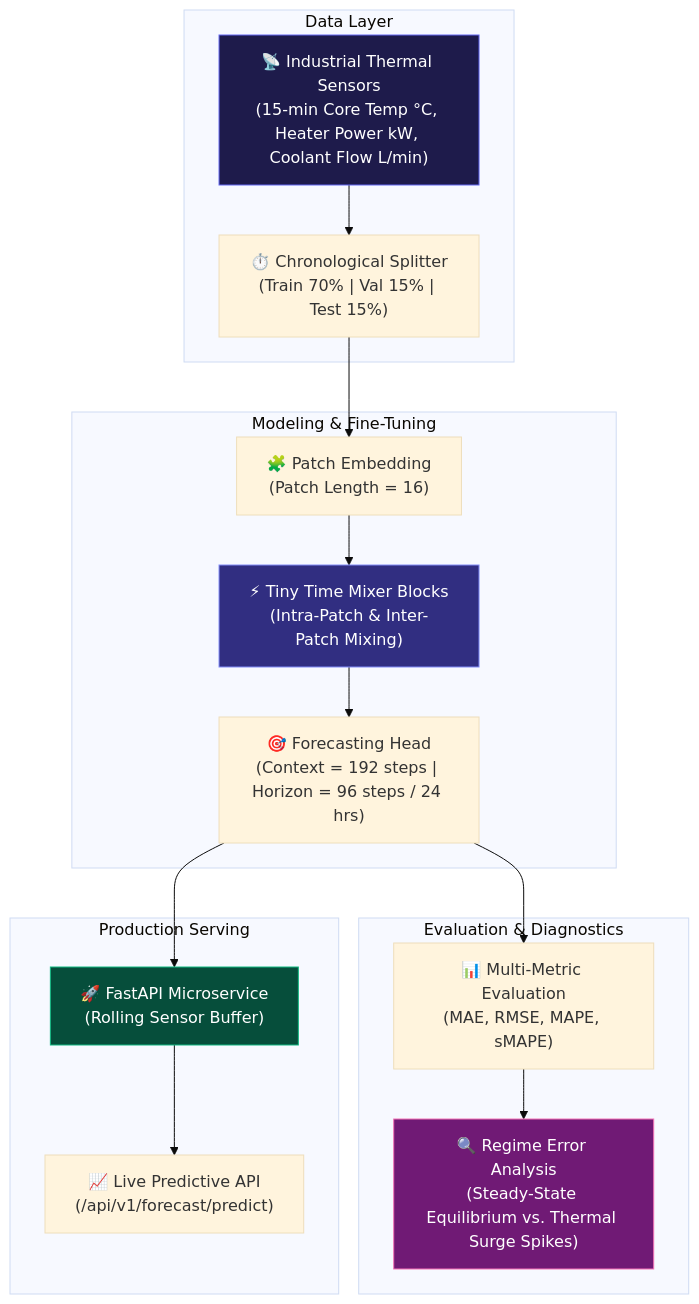
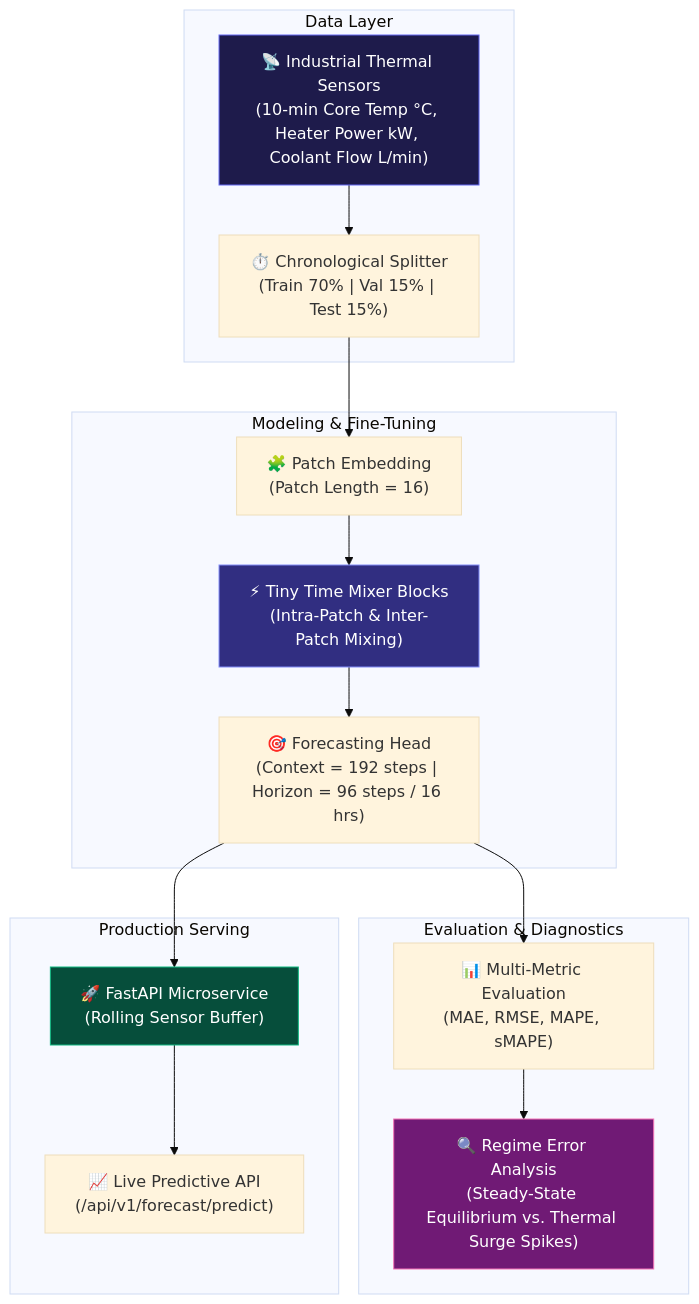
Before and after one commit to B-LIPIKA/Industrial-Time-Series-Forecasting-TTM-R3: the diagram in README.md, drawn with Mermaid (base theme). The commit also changed other lines of this file and 3 other files, not shown here.

````diff
--- a/README.md
+++ b/README.md
@@ -31,27 +31,27 @@
 ```mermaid
 flowchart TD
     subgraph Data Layer
-        A["📡 Industrial Thermal Sensors<br/>(15-min Core Temp °C, Heater Power kW, Coolant Flow L/min)"] --> B["⏱️ Chronological Splitter<br/>(Train 70% | Val 15% | Test 15%)"]
+        A["📡 Industrial Thermal Sensors<br/>(10-min Core Temp °C, Heater Power kW, Coolant Flow L/min)"] --> B["⏱️ Chronological Splitter<br/>(Train 70% | Val 15% | Test 15%)"]
     end
 
     subgraph Modeling & Fine-Tuning
         B --> C["🧩 Patch Embedding<br/>(Patch Length = 16)"]
         C --> D["⚡ Tiny Time Mixer Blocks<br/>(Intra-Patch & Inter-Patch Mixing)"]
-        D --> E["🎯 Forecasting Head<br/>(Context = 192 steps | Horizon = 96 steps / 24 hrs)"]
+        D --> E["🎯 Forecasting Head<br/>(Context = 192 steps | Horizon = 96 steps / 16 hrs)"]
     end
 
     subgraph Evaluation & Diagnostics
         E --> F["📊 Multi-Metric Evaluation<br/>(MAE, RMSE, MAPE, sMAPE)"]
         F --> G["🔍 Regime Error Analysis<br/>(Steady-State Equilibrium vs. Thermal Surge Spikes)"]
     end
 
     subgraph Production Serving
         E --> H["🚀 FastAPI Microservice<br/>(Rolling Sensor Buffer)"]
         H --> I["📈 Live Predictive API<br/>(/api/v1/forecast/predict)"]
     end
 
     style A fill:#1e1b4b,stroke:#6366f1,color:#fff
     style D fill:#312e81,stroke:#818cf8,color:#fff
     style G fill:#701a75,stroke:#f472b6,color:#fff
     style H fill:#064e3b,stroke:#10b981,color:#fff
 ```
````
